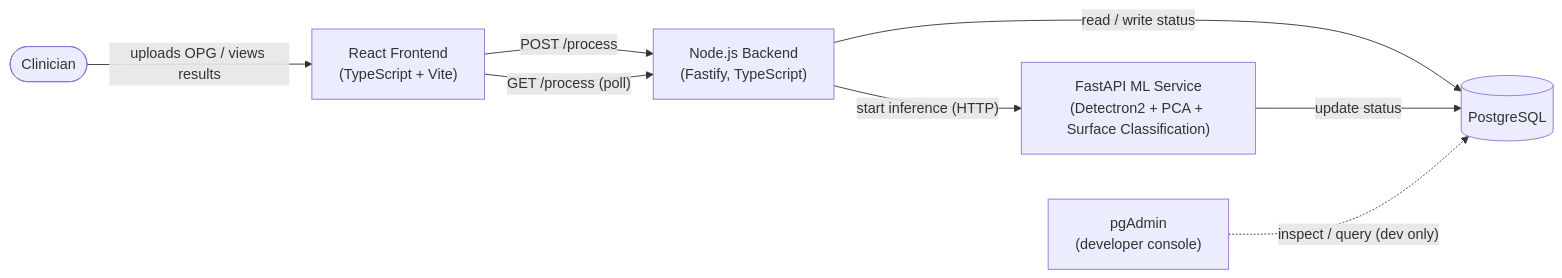
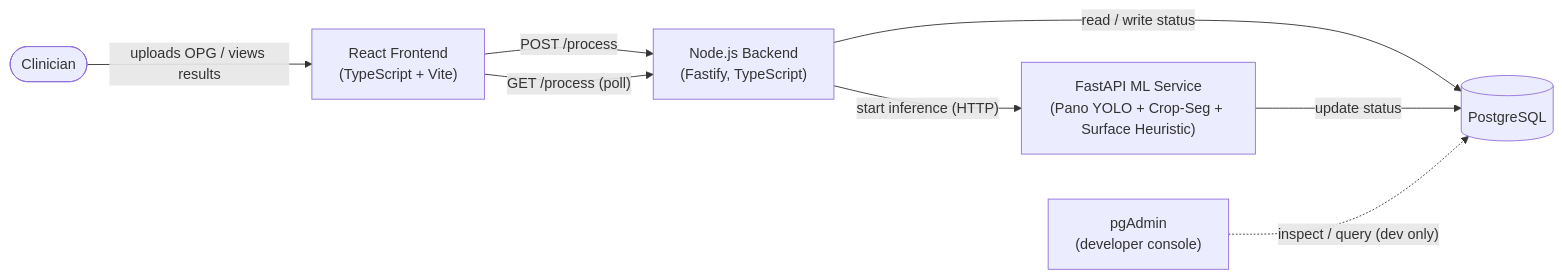
The diagram in dental-caries-detection/docs-md/project-structure.md (pichitchaipae/dental-caries-detection), drawn with Mermaid before and after one commit. The commit also changed other lines of this file and 56 other files, not shown here.

````diff
--- a/dental-caries-detection/docs-md/project-structure.md
+++ b/dental-caries-detection/docs-md/project-structure.md
@@ -91,17 +91,17 @@
 ```mermaid
 flowchart LR
     User(["Clinician"])
     FE["React Frontend<br/>(TypeScript + Vite)"]
     BE["Node.js Backend<br/>(Fastify, TypeScript)"]
-    ML["FastAPI ML Service<br/>(Detectron2 + PCA + Surface Classification)"]
+    ML["FastAPI ML Service<br/>(Pano YOLO + Crop-Seg + Surface Heuristic)"]
     DB[("PostgreSQL")]
     PGA["pgAdmin<br/>(developer console)"]
 
     User -- "uploads OPG / views results" --> FE
     FE -- "POST /process" --> BE
     FE -- "GET /process (poll)" --> BE
     BE -- "read / write status" --> DB
     BE -- "start inference (HTTP)" --> ML
     ML -- "update status" --> DB
     PGA -. "inspect / query (dev only)" .-> DB
 ```
````
